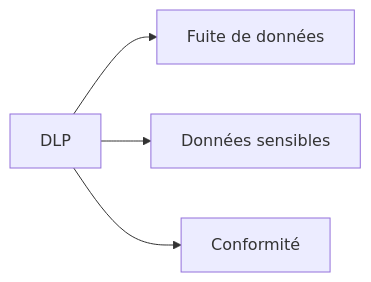
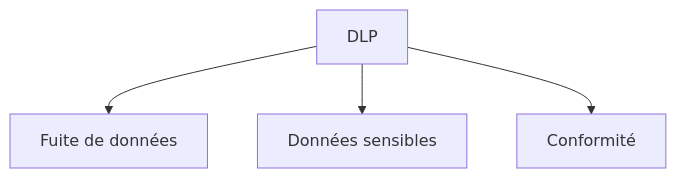
One commit to zyrass/omnydocs changed diagram 12 of 42 in docs/glossaire/cybersecurite.md. Above: the diagram before and after it, drawn with Mermaid. The commit also changed other lines of this file and 1780 other files, not shown here.

````diff
--- a/docs/glossaire/cybersecurite.md
+++ b/docs/glossaire/cybersecurite.md
@@ -249,6 +299,6 @@
-    ```mermaid
-    graph LR
-        A[DLP] --> B[Fuite de données]
-        A --> C[Données sensibles]
-        A --> D[Conformité]
-    ```
+```mermaid
+graph TB
+    A[DLP] --> B[Fuite de données]
+    A --> C[Données sensibles]
+    A --> D[Conformité]
+```
````
